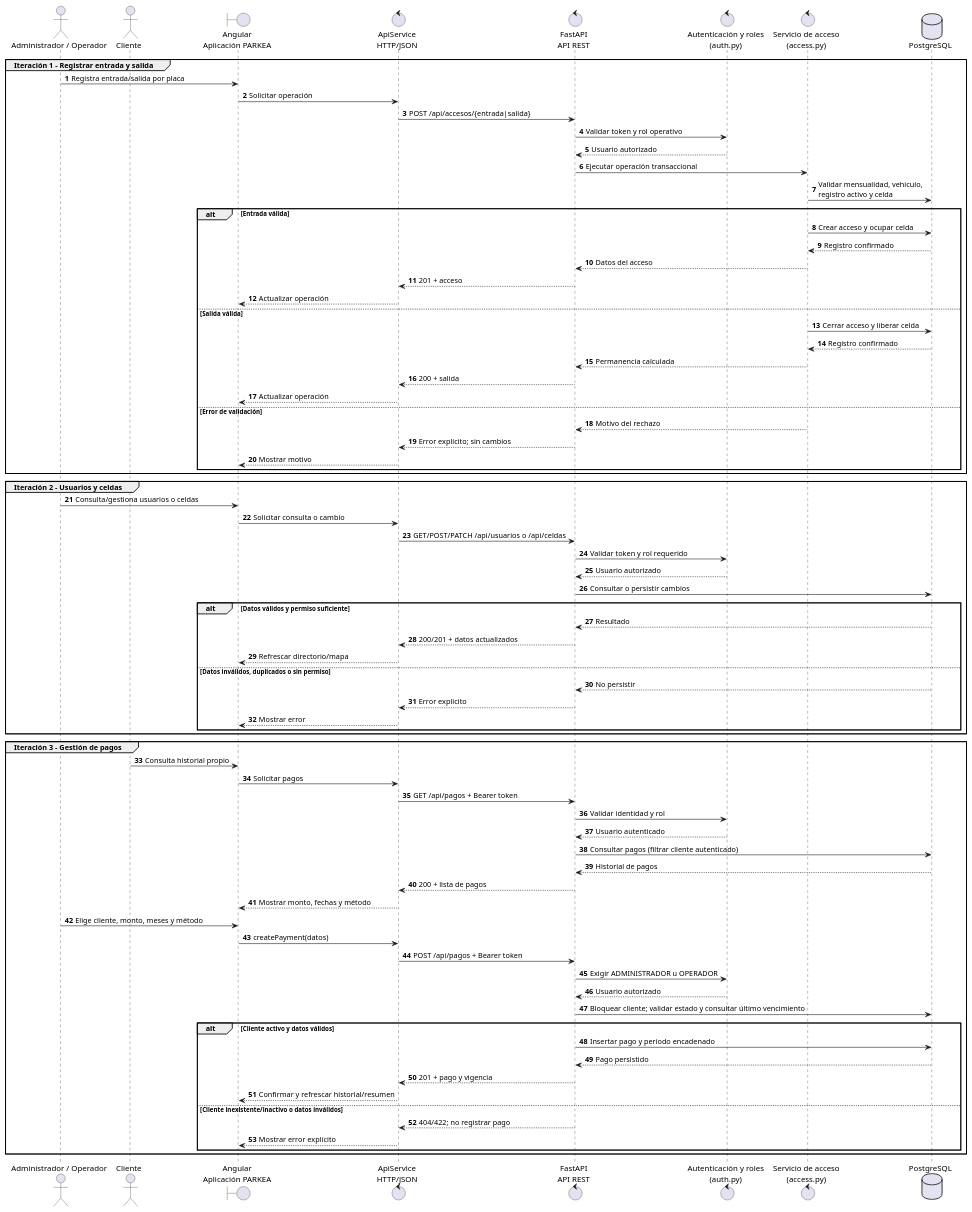
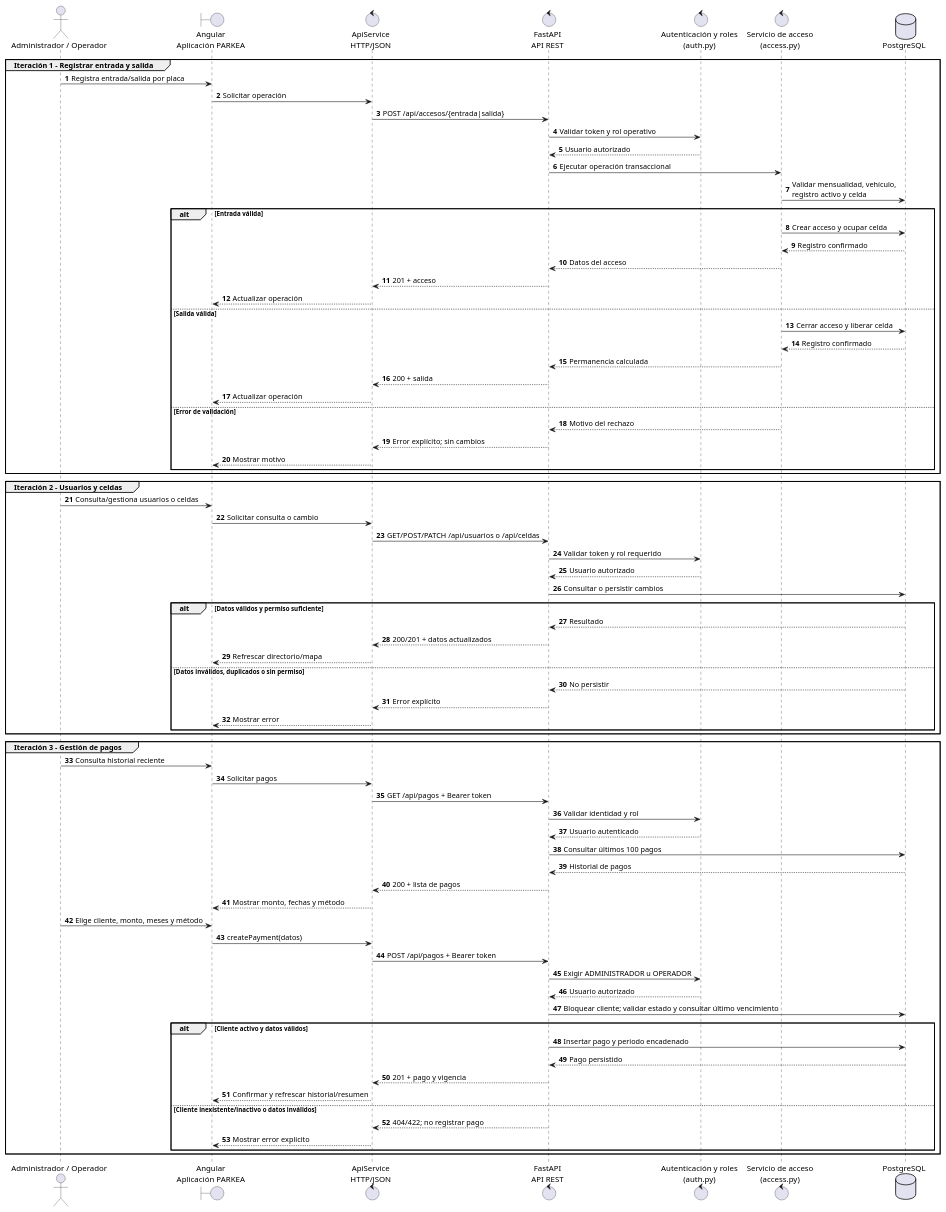
Before and after one commit to jdcpa1978-IUD/parkea: the diagram in entregables/diagramas/08_secuencia_iteraciones1a3.puml, drawn with PlantUML. The commit also changed 32 other files, not shown here.

```diff
--- a/entregables/diagramas/08_secuencia_iteraciones1a3.puml
+++ b/entregables/diagramas/08_secuencia_iteraciones1a3.puml
@@ -1,84 +1,83 @@
 @startuml Secuencia_Iteraciones1a3
 autonumber
 actor "Administrador / Operador" as Staff
-actor "Cliente" as Cliente
 boundary "Angular\nAplicación PARKEA" as UI
 control "ApiService\nHTTP/JSON" as Client
 control "FastAPI\nAPI REST" as API
 control "Autenticación y roles\n(auth.py)" as Auth
 control "Servicio de acceso\n(access.py)" as Acceso
 database "PostgreSQL" as DB
 
 group Iteración 1 - Registrar entrada y salida
   Staff -> UI : Registra entrada/salida por placa
   UI -> Client : Solicitar operación
   Client -> API : POST /api/accesos/{entrada|salida}
   API -> Auth : Validar token y rol operativo
   Auth --> API : Usuario autorizado
   API -> Acceso : Ejecutar operación transaccional
   Acceso -> DB : Validar mensualidad, vehículo,\nregistro activo y celda
   alt Entrada válida
     Acceso -> DB : Crear acceso y ocupar celda
     DB --> Acceso : Registro confirmado
     Acceso --> API : Datos del acceso
     API --> Client : 201 + acceso
     Client --> UI : Actualizar operación
   else Salida válida
     Acceso -> DB : Cerrar acceso y liberar celda
     DB --> Acceso : Registro confirmado
     Acceso --> API : Permanencia calculada
     API --> Client : 200 + salida
     Client --> UI : Actualizar operación
   else Error de validación
     Acceso --> API : Motivo del rechazo
     API --> Client : Error explícito; sin cambios
     Client --> UI : Mostrar motivo
   end
 end
 
 group Iteración 2 - Usuarios y celdas
   Staff -> UI : Consulta/gestiona usuarios o celdas
   UI -> Client : Solicitar consulta o cambio
   Client -> API : GET/POST/PATCH /api/usuarios o /api/celdas
   API -> Auth : Validar token y rol requerido
   Auth --> API : Usuario autorizado
   API -> DB : Consultar o persistir cambios
   alt Datos válidos y permiso suficiente
     DB --> API : Resultado
     API --> Client : 200/201 + datos actualizados
     Client --> UI : Refrescar directorio/mapa
   else Datos inválidos, duplicados o sin permiso
     DB --> API : No persistir
     API --> Client : Error explícito
     Client --> UI : Mostrar error
   end
 end
 
 group Iteración 3 - Gestión de pagos
-  Cliente -> UI : Consulta historial propio
+  Staff -> UI : Consulta historial reciente
   UI -> Client : Solicitar pagos
   Client -> API : GET /api/pagos + Bearer token
   API -> Auth : Validar identidad y rol
   Auth --> API : Usuario autenticado
-  API -> DB : Consultar pagos (filtrar cliente autenticado)
+  API -> DB : Consultar últimos 100 pagos
   DB --> API : Historial de pagos
   API --> Client : 200 + lista de pagos
   Client --> UI : Mostrar monto, fechas y método
 
   Staff -> UI : Elige cliente, monto, meses y método
   UI -> Client : createPayment(datos)
   Client -> API : POST /api/pagos + Bearer token
   API -> Auth : Exigir ADMINISTRADOR u OPERADOR
   Auth --> API : Usuario autorizado
   API -> DB : Bloquear cliente; validar estado y consultar último vencimiento
   alt Cliente activo y datos válidos
     API -> DB : Insertar pago y periodo encadenado
     DB --> API : Pago persistido
     API --> Client : 201 + pago y vigencia
     Client --> UI : Confirmar y refrescar historial/resumen
   else Cliente inexistente/inactivo o datos inválidos
     API --> Client : 404/422; no registrar pago
     Client --> UI : Mostrar error explícito
   end
 end
 @enduml
```
